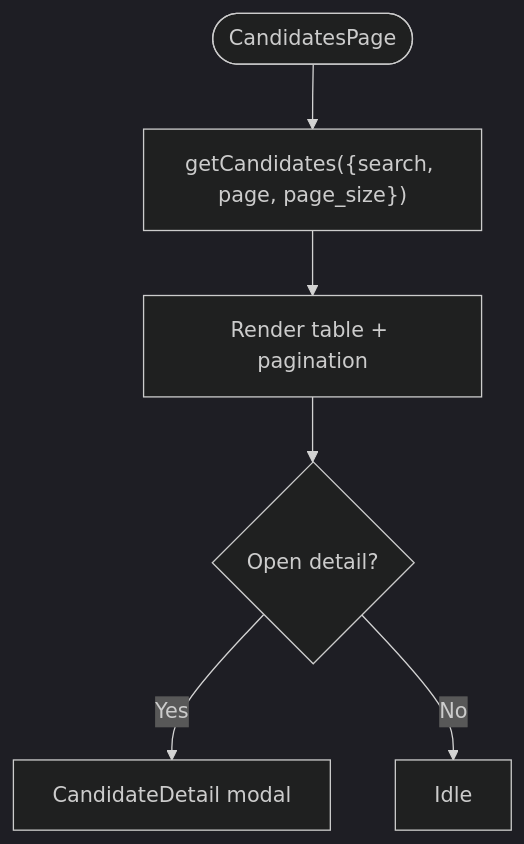
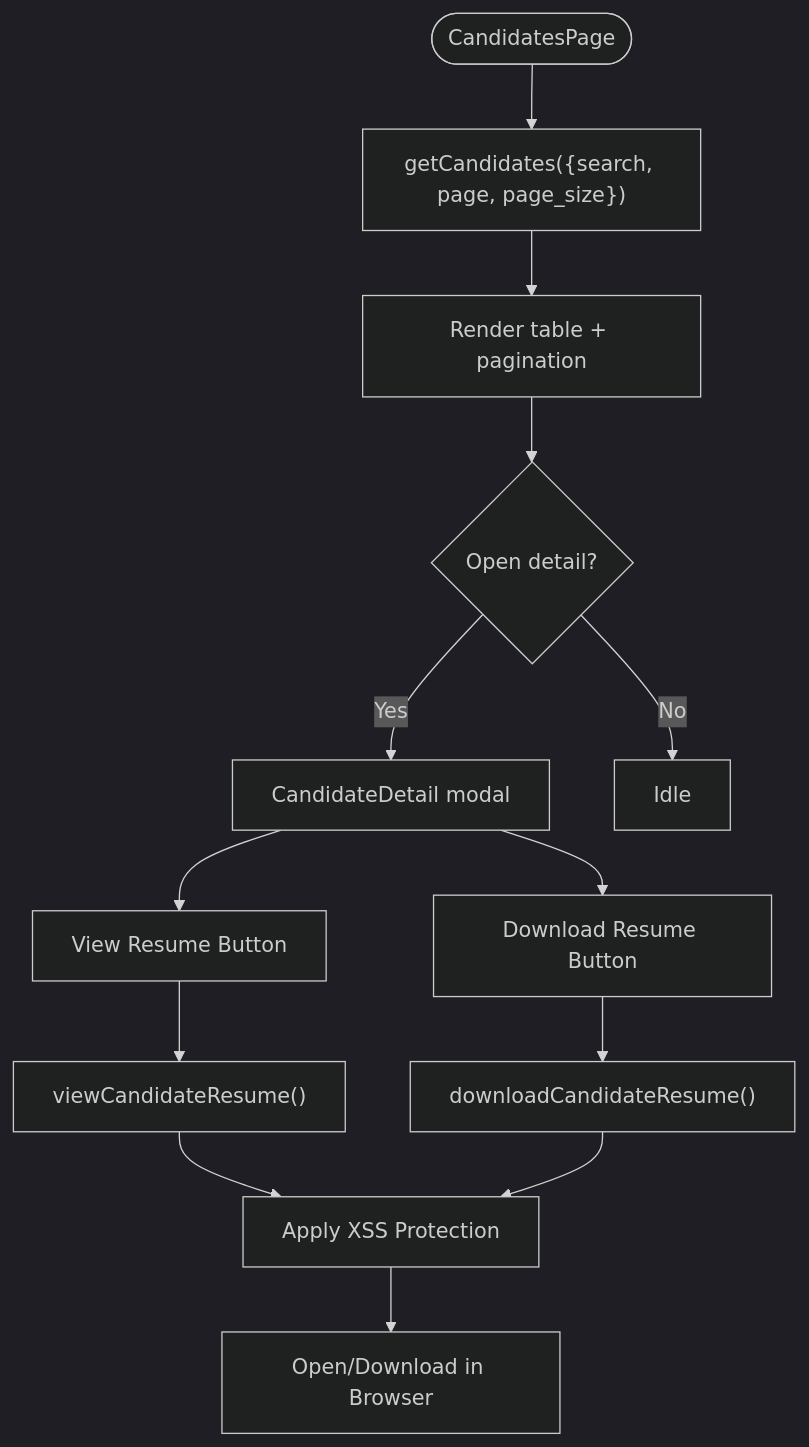
Before and after one commit to Revanththetalogics/aireume: diagram 22 of 29 in .qoder/repowiki/en/content/Frontend Architecture/Frontend Architecture.md, drawn with Mermaid (dark theme). The commit also changed other lines of this file and 7 other files, not shown here.

````diff
--- a/.qoder/repowiki/en/content/Frontend Architecture/Frontend Architecture.md
+++ b/.qoder/repowiki/en/content/Frontend Architecture/Frontend Architecture.md
@@ -858,8 +1000,15 @@
 ```mermaid
 flowchart TD
 Start(["CandidatesPage"]) --> Fetch["getCandidates({search, page, page_size})"]
 Fetch --> Render["Render table + pagination"]
 Render --> Detail{"Open detail?"}
 Detail --> |Yes| Modal["CandidateDetail modal"]
+Modal --> ViewBtn["View Resume Button"]
+Modal --> DownloadBtn["Download Resume Button"]
+ViewBtn --> ViewAPI["viewCandidateResume()"]
+DownloadBtn --> DownloadAPI["downloadCandidateResume()"]
+ViewAPI --> SEC["Apply XSS Protection"]
+DownloadAPI --> SEC
+SEC --> Browser["Open/Download in Browser"]
 Detail --> |No| Idle["Idle"]
 ```
````
